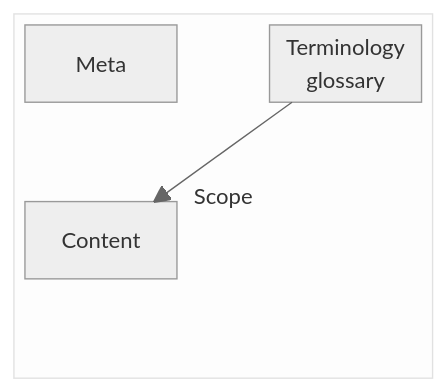
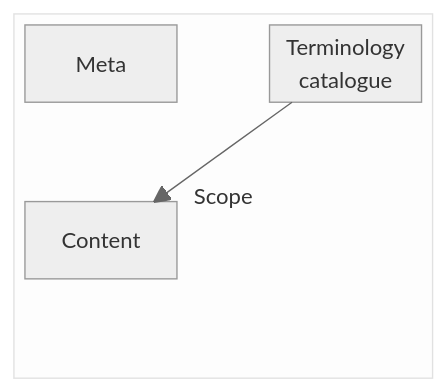
Before and after one commit to officialgazette/big-picture: the fourth of 4 diagrams in README.md, drawn with Mermaid. The commit also changed other lines of this file, not shown here.

````diff
--- a/README.md
+++ b/README.md
@@ -139,23 +139,23 @@
 ```mermaid
 
 %%{
   init: {
     'theme': 'neutral'
   }
 }%%
 
 block-beta
 
 block:scope["Scope"]
 
 columns 5
 Meta:2 space Terms["Terminology
-glossary"]:2 space:5 Content:2
+catalogue"]:2 space:5 Content:2
 space:7
 
 end
 
 
 
 Terms --> Content
 ```
````
